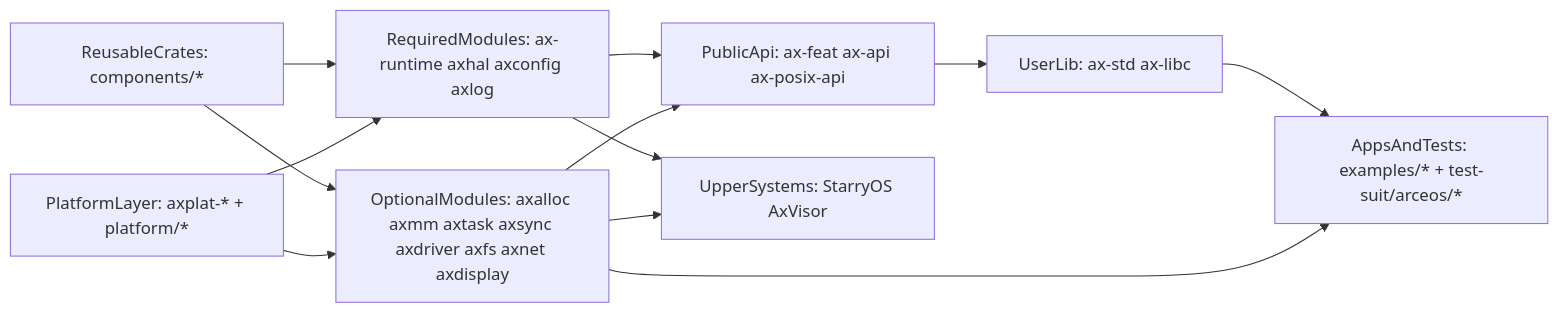
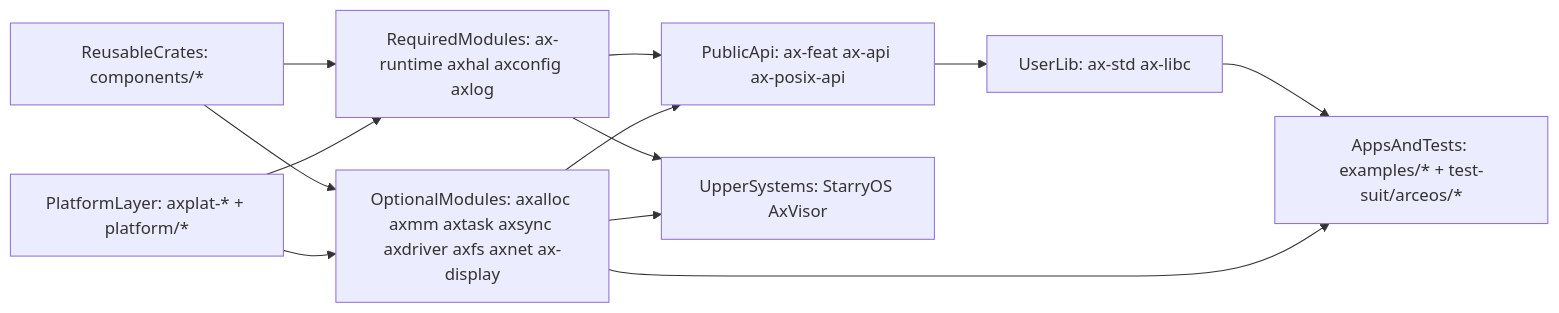
Before and after one commit to zKurisu/tgoskits: the first of 5 diagrams in docs/arceos-internals.md, drawn with Mermaid. The commit also changed other lines of this file and 42 other files, not shown here.

Commit message:
rename axdisplay to ax-display

````diff
--- a/docs/arceos-internals.md
+++ b/docs/arceos-internals.md
@@ -36,23 +36,23 @@
 ```mermaid
 flowchart LR
     reusableCrates["ReusableCrates: components/*"]
     platformLayer["PlatformLayer: axplat-* + platform/*"]
     requiredModules["RequiredModules: ax-runtime axhal axconfig axlog"]
-    optionalModules["OptionalModules: axalloc axmm axtask axsync axdriver axfs axnet axdisplay"]
+    optionalModules["OptionalModules: axalloc axmm axtask axsync axdriver axfs axnet ax-display"]
     publicApi["PublicApi: ax-feat ax-api ax-posix-api"]
     userLib["UserLib: ax-std ax-libc"]
     appsAndTests["AppsAndTests: examples/* + test-suit/arceos/*"]
     upperSystems["UpperSystems: StarryOS AxVisor"]
 
     reusableCrates --> requiredModules
     reusableCrates --> optionalModules
     platformLayer --> requiredModules
     platformLayer --> optionalModules
     requiredModules --> publicApi
     optionalModules --> publicApi
     publicApi --> userLib
     userLib --> appsAndTests
     optionalModules --> appsAndTests
     requiredModules --> upperSystems
     optionalModules --> upperSystems
 ```
````
